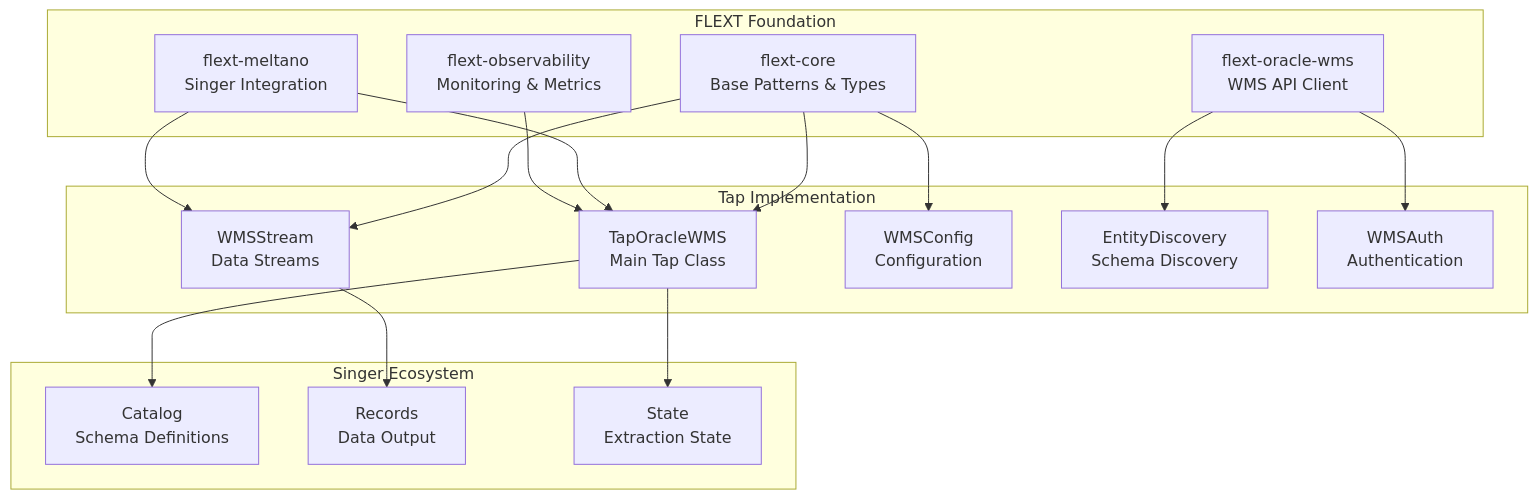
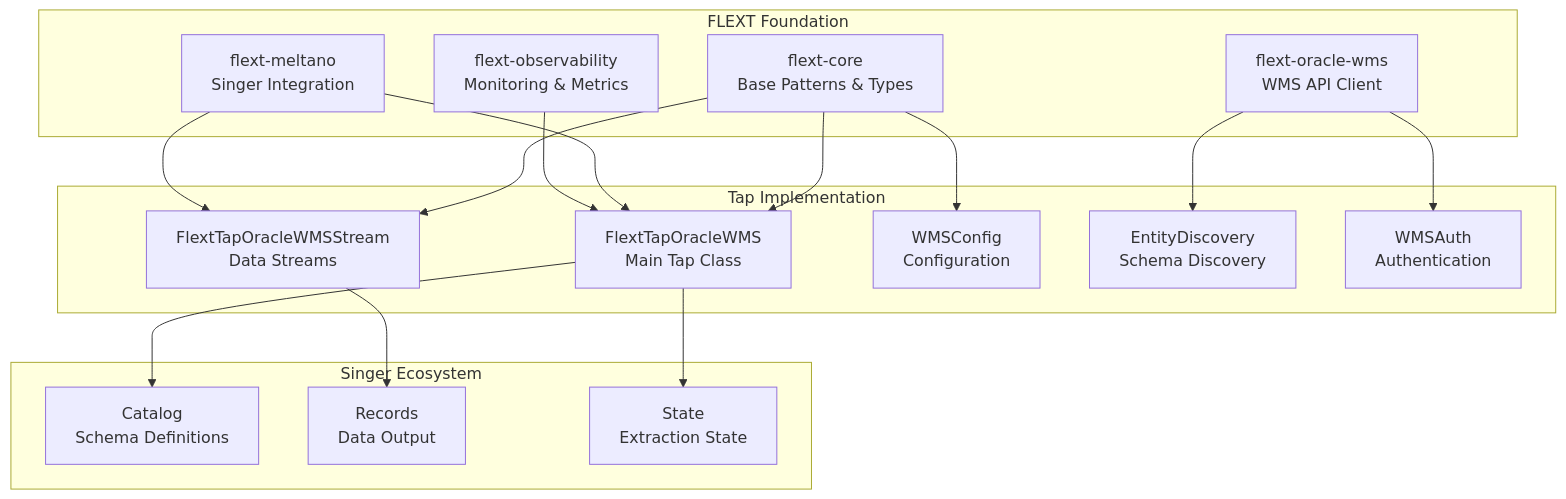
The diagram in docs/architecture/flext-integration.md (flext-sh/flext-tap-oracle-wms), drawn with Mermaid before and after one commit. The commit also changed other lines of this file and 69 other files, not shown here.

````diff
--- a/docs/architecture/flext-integration.md
+++ b/docs/architecture/flext-integration.md
@@ -9,36 +9,36 @@
 ```mermaid
 graph TB
     subgraph "FLEXT Foundation"
         FC[flext-core<br/>Base Patterns & Types]
         FOW[flext-oracle-wms<br/>WMS API Client]
         FM[flext-meltano<br/>Singer Integration]
         FO[flext-observability<br/>Monitoring & Metrics]
     end
-    
+
     subgraph "Tap Implementation"
-        TAP[TapOracleWMS<br/>Main Tap Class]
-        STREAMS[WMSStream<br/>Data Streams]
+        TAP[FlextTapOracleWMS<br/>Main Tap Class]
+        STREAMS[FlextTapOracleWMSStream<br/>Data Streams]
         CONFIG[WMSConfig<br/>Configuration]
         DISCOVERY[EntityDiscovery<br/>Schema Discovery]
         AUTH[WMSAuth<br/>Authentication]
     end
-    
+
     subgraph "Singer Ecosystem"
         CATALOG[Catalog<br/>Schema Definitions]
         RECORDS[Records<br/>Data Output]
         STATE[State<br/>Extraction State]
     end
-    
+
     FC --> TAP
     FC --> CONFIG
     FC --> STREAMS
     FOW --> AUTH
     FOW --> DISCOVERY
     FM --> TAP
     FM --> STREAMS
     FO --> TAP
-    
+
     TAP --> CATALOG
     STREAMS --> RECORDS
     TAP --> STATE
 ```
````
